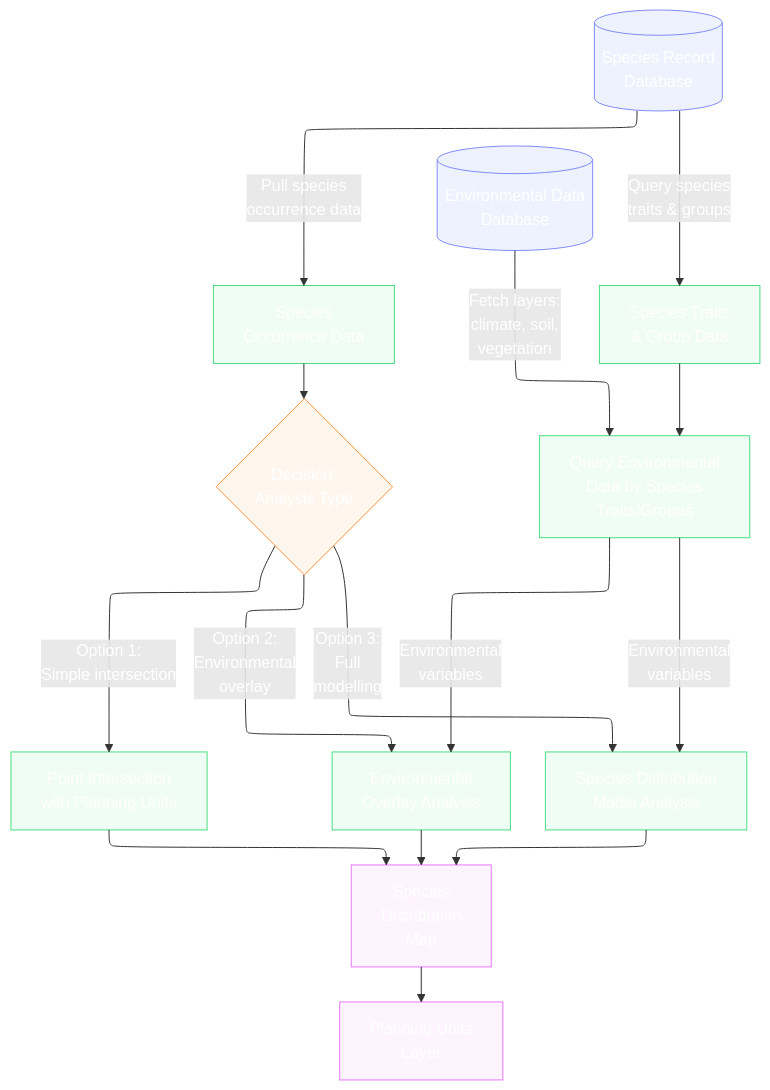
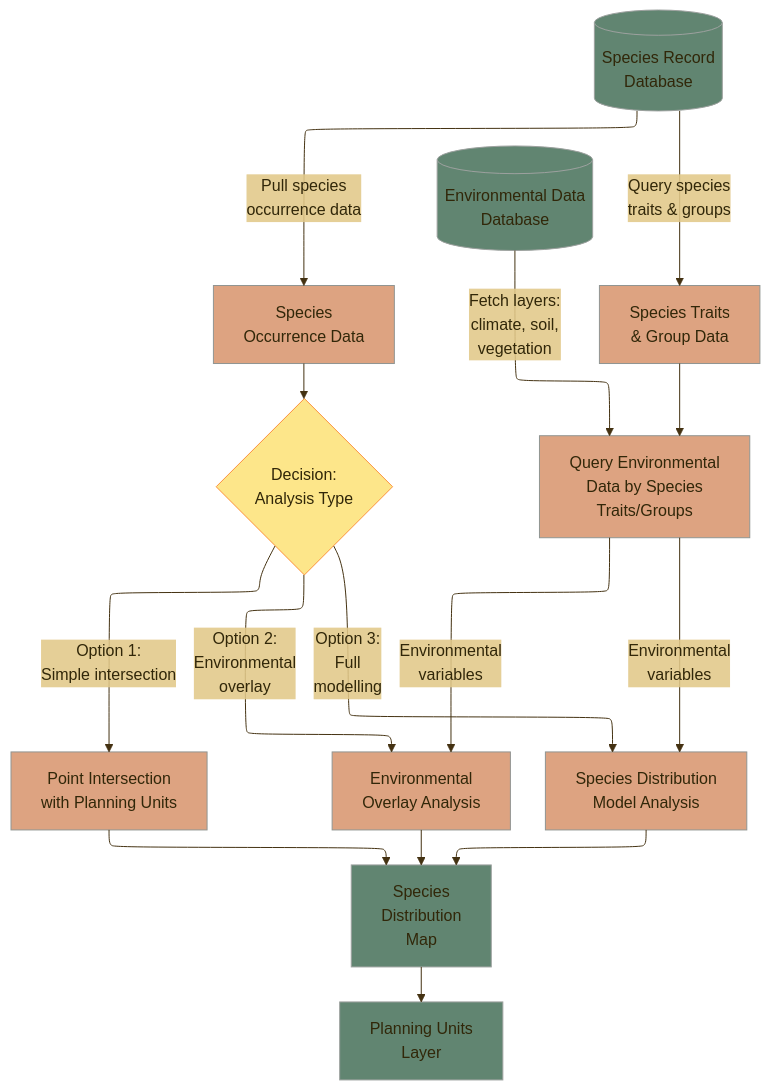
The diagram in readme.md (ekznw/sdm), drawn with Mermaid before and after one commit.

Commit message:
flowchart

````diff
--- a/readme.md
+++ b/readme.md
@@ -3,45 +3,47 @@
 ``` mermaid
 ---
 config:
   layout: elk
   elk:
     padding: 25
     nodePlacement.strategy: SIMPLE
     spacing.nodeNode: 30
   themeVariables:
-    primaryTextColor: "#ffffff"
-    textColor: "#ffffff"
-    labelTextColor: "#ffffff"
+    primaryTextColor: "#322c2c"       # arrow labels
+    textColor: "#312709"              # node text
+    labelTextColor: "#151319"         # node labels
+    lineColor: "#443212"              # arrow color
+    edgeLabelBackground: "#e2c888bf"  # link bg color
 ---
 flowchart TD
     SpeciesRecordDB[(Species Record<br/>Database)] -->|Pull species<br/>occurrence data| DataInput[Species<br/>Occurrence Data]
     DataInput --> DecisionPoint{Decision:<br/>Analysis Type}
     
     DecisionPoint -->|Option 1:<br/>Simple intersection| PointIntersection[Point Intersection<br/>with Planning Units]
     DecisionPoint -->|Option 2:<br/>Environmental<br/>overlay| EnvOverlay[Environmental<br/>Overlay Analysis]
     DecisionPoint -->|Option 3:<br/>Full<br/>modelling| SDMAnalysis[Species Distribution<br/>Model Analysis]
     
     SpeciesRecordDB -->|Query species<br/>traits & groups| SpeciesTraits[Species Traits<br/>& Group Data]
     SpeciesTraits --> EnvDataQuery[Query Environmental<br/>Data by Species<br/>Traits/Groups]
     
     EnvDataDB[(Environmental Data<br/>Database)] -->|Fetch layers:<br/>climate, soil,<br/>vegetation| EnvDataQuery
     
     EnvDataQuery -->|"Environmental<br/>variables"| EnvOverlay
     EnvDataQuery -->|"Environmental<br/>variables"| SDMAnalysis
     
     PointIntersection --> Output[Species<br/>Distribution<br/>Map]
     EnvOverlay --> Output
     SDMAnalysis --> Output
     
     Output --> PlanningUnits[Planning Units<br/>Layer]
     
-    classDef database fill:#eef2ff,stroke:#818cf8
-    classDef process fill:#f0fdf4,stroke:#4ade80
-    classDef decision fill:#fff7ed,stroke:#fb923c
-    classDef output fill:#fdf4ff,stroke:#e879f9
+    classDef database fill:#618571,stroke:#9da19f
+    classDef process fill:#dda381,stroke:#909592
+    classDef decision fill:#fde68a,stroke:#fb923c
+    classDef output fill:#618571,stroke:#9da19f
     
     class SpeciesRecordDB,EnvDataDB database
     class DataInput,SpeciesTraits,EnvDataQuery,PointIntersection,EnvOverlay,SDMAnalysis process
     class DecisionPoint decision
     class Output,PlanningUnits output
 ```
````
